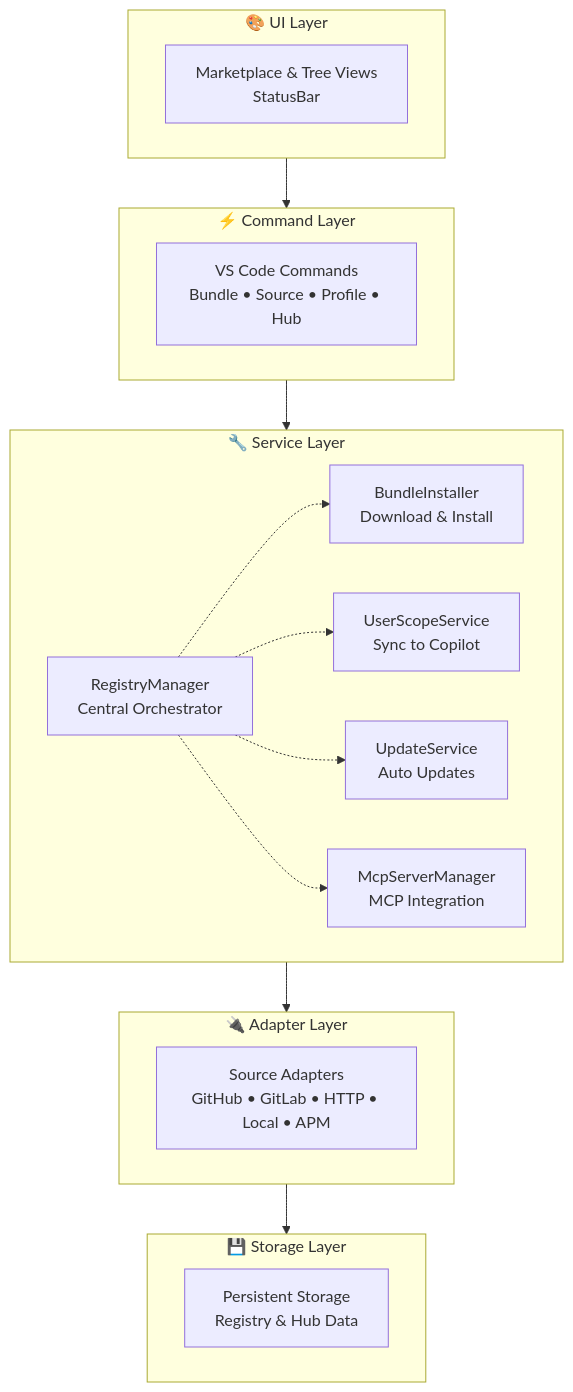
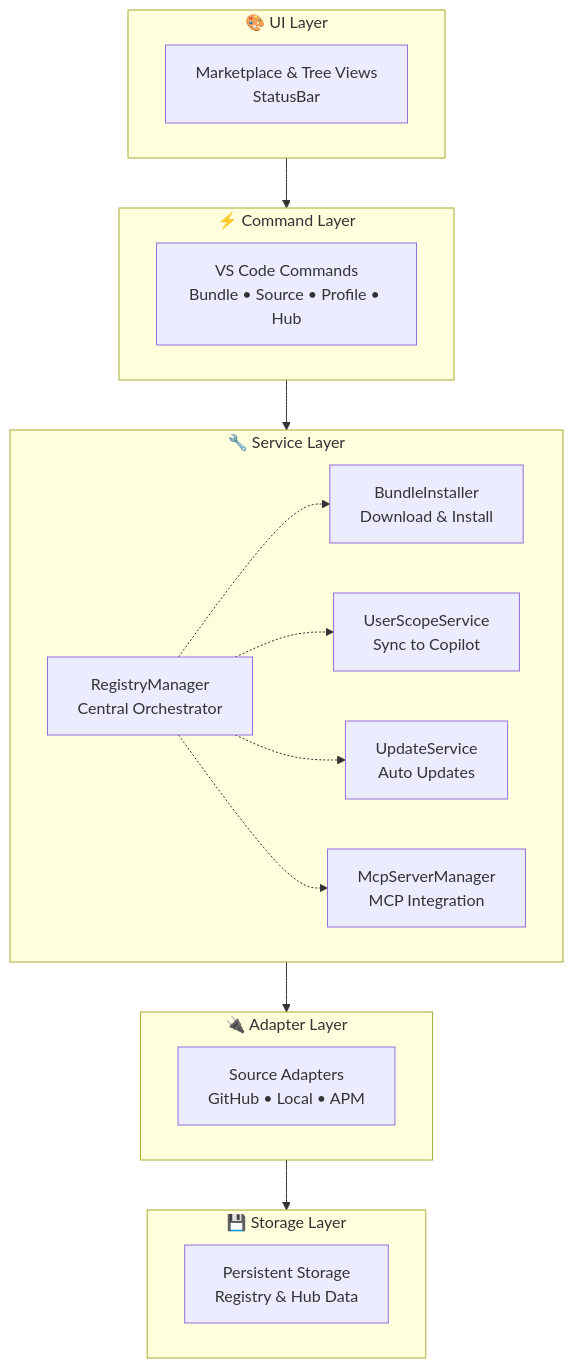
One commit to gblanc-1a/prompt-registry changed the diagram in docs/contributor-guide/architecture.md. Above: the diagram before and after it, drawn with Mermaid. The commit also changed other lines of this file and 61 other files, not shown here.

````diff
--- a/docs/contributor-guide/architecture.md
+++ b/docs/contributor-guide/architecture.md
@@ -23,36 +23,36 @@
 ```mermaid
 graph TD
     subgraph UI["🎨 UI Layer"]
         A[Marketplace & Tree Views<br/>StatusBar]
     end
     
     subgraph CMD["⚡ Command Layer"]
         B[VS Code Commands<br/>Bundle • Source • Profile • Hub]
     end
     
     subgraph SVC["🔧 Service Layer"]
         C1[RegistryManager<br/>Central Orchestrator]
         C2[BundleInstaller<br/>Download & Install]
         C3[UserScopeService<br/>Sync to Copilot]
         C4[UpdateService<br/>Auto Updates]
         C5[McpServerManager<br/>MCP Integration]
     end
     
     subgraph ADP["🔌 Adapter Layer"]
-        D[Source Adapters<br/>GitHub • GitLab • HTTP • Local • APM]
+        D[Source Adapters<br/>GitHub • Local • APM]
     end
     
     subgraph STG["💾 Storage Layer"]
         E[Persistent Storage<br/>Registry & Hub Data]
     end
     
     UI --> CMD
     CMD --> SVC
     SVC --> ADP
     ADP --> STG
     
     C1 -.-> C2
     C1 -.-> C3
     C1 -.-> C4
     C1 -.-> C5
 ```
````
